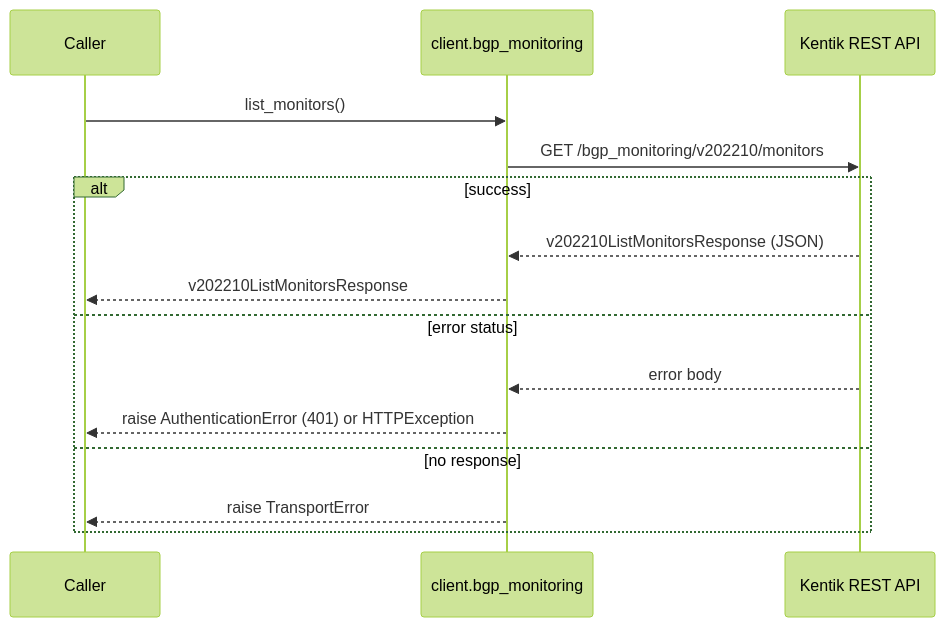
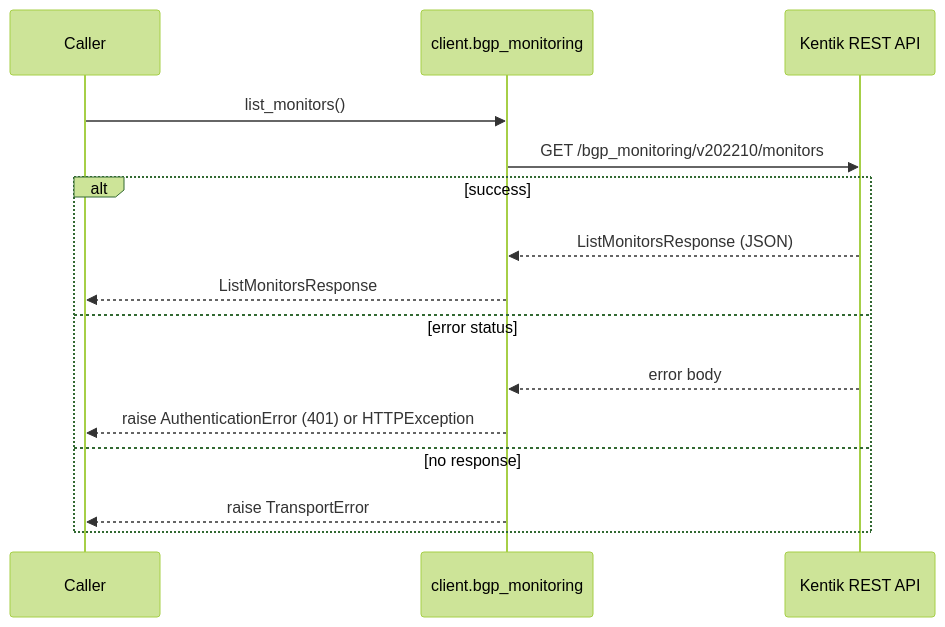
One commit to alexdearaujo/community_sdk_python changed the sixth of 18 diagrams in docs/sphinx/services/bgp_monitoring.md. Above: the diagram before and after it, drawn with Mermaid (forest theme). The commit also changed other lines of this file and 38 other files, not shown here.

````diff
--- a/docs/sphinx/services/bgp_monitoring.md
+++ b/docs/sphinx/services/bgp_monitoring.md
@@ -192,18 +192,18 @@
 ```mermaid
 sequenceDiagram
     participant C as Caller
     participant W as client.bgp_monitoring
     participant API as Kentik REST API
 
     C->>W: list_monitors()
     W->>API: GET /bgp_monitoring/v202210/monitors
     alt success
-        API-->>W: v202210ListMonitorsResponse (JSON)
-        W-->>C: v202210ListMonitorsResponse
+        API-->>W: ListMonitorsResponse (JSON)
+        W-->>C: ListMonitorsResponse
     else error status
         API-->>W: error body
         W-->>C: raise AuthenticationError (401) or HTTPException
     else no response
         W-->>C: raise TransportError
     end
 ```
````
